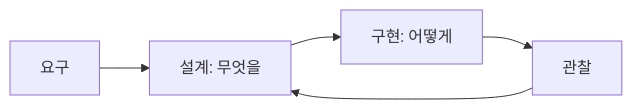
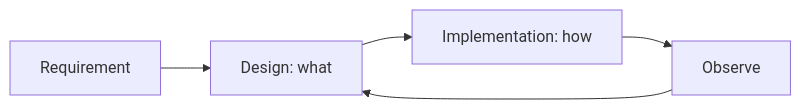
Before and after one commit to yeongseon-books/book-content: the diagram in content/software-engineering-101/ko/03-design-vs-implementation.md, drawn with Mermaid. The commit also changed other lines of this file and 9 other files, not shown here.

````diff
--- a/content/software-engineering-101/ko/03-design-vs-implementation.md
+++ b/content/software-engineering-101/ko/03-design-vs-implementation.md
@@ -36,7 +50,7 @@
 ```mermaid
 flowchart LR
-    R["요구"] --> D["설계: 무엇을"]
-    D --> I["구현: 어떻게"]
-    I --> O["관찰"]
+    R["Requirement"] --> D["Design: what"]
+    D --> I["Implementation: how"]
+    I --> O["Observe"]
     O --> D
 ```
````
